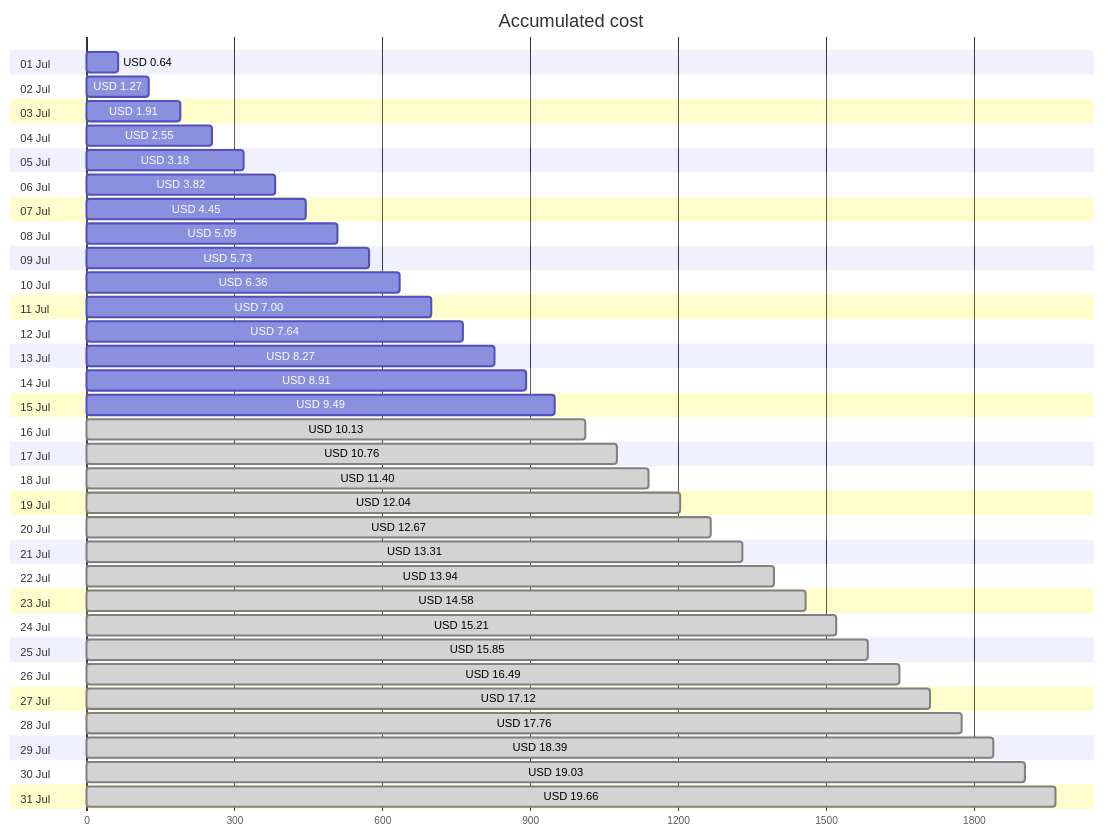
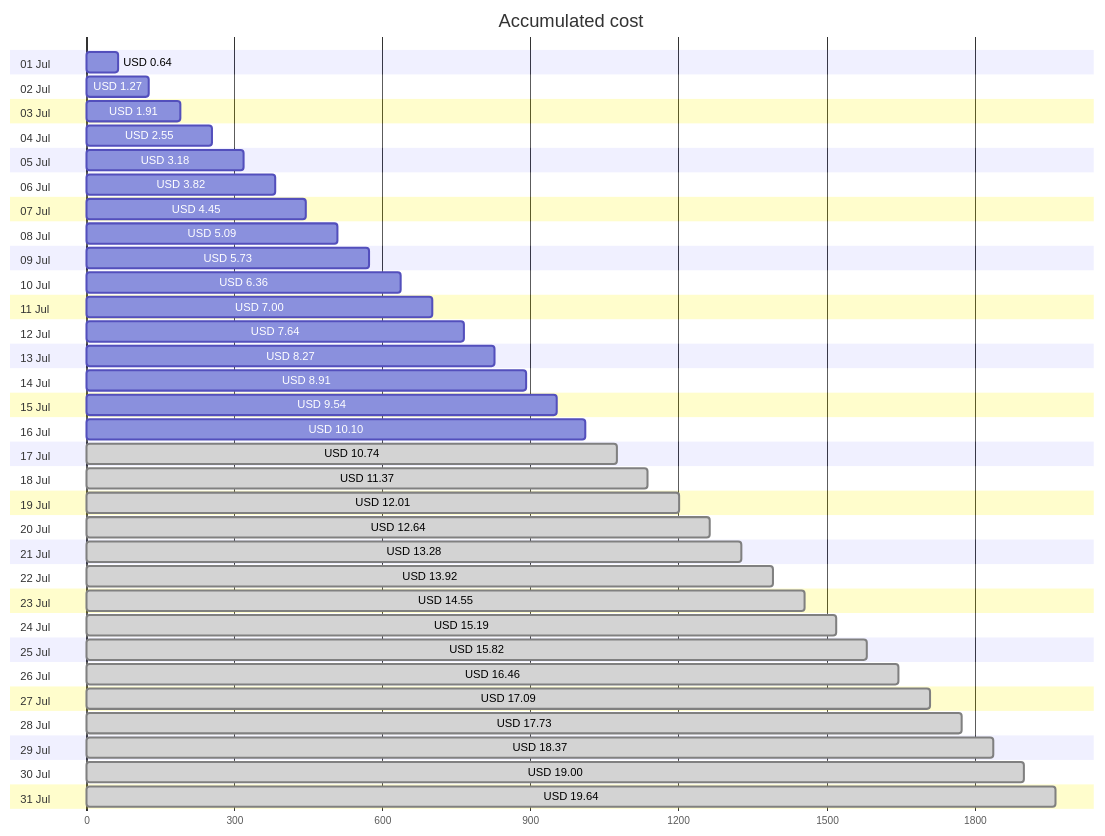
The first of 4 diagrams in cost-reports/accumulated-cost.md (jpfulton/azure-personal-reports), drawn with Mermaid before and after one commit. The commit also changed other lines of this file and 4 other files, not shown here.

````diff
--- a/cost-reports/accumulated-cost.md
+++ b/cost-reports/accumulated-cost.md
@@ -20,68 +20,68 @@
 ```mermaid
 gantt
    title Accumulated cost
    dateFormat  X
    axisFormat %s
    section 01 Jul
    USD 0.64 :0, 64
    section 02 Jul
    USD 1.27 :0, 127
    section 03 Jul
    USD 1.91 :0, 191
    section 04 Jul
    USD 2.55 :0, 255
    section 05 Jul
    USD 3.18 :0, 318
    section 06 Jul
    USD 3.82 :0, 382
    section 07 Jul
    USD 4.45 :0, 445
    section 08 Jul
    USD 5.09 :0, 509
    section 09 Jul
    USD 5.73 :0, 573
    section 10 Jul
    USD 6.36 :0, 636
    section 11 Jul
    USD 7.00 :0, 700
    section 12 Jul
    USD 7.64 :0, 764
    section 13 Jul
    USD 8.27 :0, 827
    section 14 Jul
    USD 8.91 :0, 891
    section 15 Jul
-   USD 9.49 :0, 949
+   USD 9.54 :0, 954
    section 16 Jul
-   USD 10.13 : done, 0, 1013
+   USD 10.10 :0, 1010
    section 17 Jul
-   USD 10.76 : done, 0, 1076
+   USD 10.74 : done, 0, 1074
    section 18 Jul
-   USD 11.40 : done, 0, 1140
+   USD 11.37 : done, 0, 1137
    section 19 Jul
-   USD 12.04 : done, 0, 1204
+   USD 12.01 : done, 0, 1201
    section 20 Jul
-   USD 12.67 : done, 0, 1267
+   USD 12.64 : done, 0, 1264
    section 21 Jul
-   USD 13.31 : done, 0, 1331
+   USD 13.28 : done, 0, 1328
    section 22 Jul
-   USD 13.94 : done, 0, 1394
+   USD 13.92 : done, 0, 1392
    section 23 Jul
-   USD 14.58 : done, 0, 1458
+   USD 14.55 : done, 0, 1455
    section 24 Jul
-   USD 15.21 : done, 0, 1521
+   USD 15.19 : done, 0, 1519
    section 25 Jul
-   USD 15.85 : done, 0, 1585
+   USD 15.82 : done, 0, 1582
    section 26 Jul
-   USD 16.49 : done, 0, 1649
+   USD 16.46 : done, 0, 1646
    section 27 Jul
-   USD 17.12 : done, 0, 1712
+   USD 17.09 : done, 0, 1709
    section 28 Jul
-   USD 17.76 : done, 0, 1776
+   USD 17.73 : done, 0, 1773
    section 29 Jul
-   USD 18.39 : done, 0, 1839
+   USD 18.37 : done, 0, 1837
    section 30 Jul
-   USD 19.03 : done, 0, 1903
+   USD 19.00 : done, 0, 1900
    section 31 Jul
-   USD 19.66 : done, 0, 1966
+   USD 19.64 : done, 0, 1964
 ```
````
